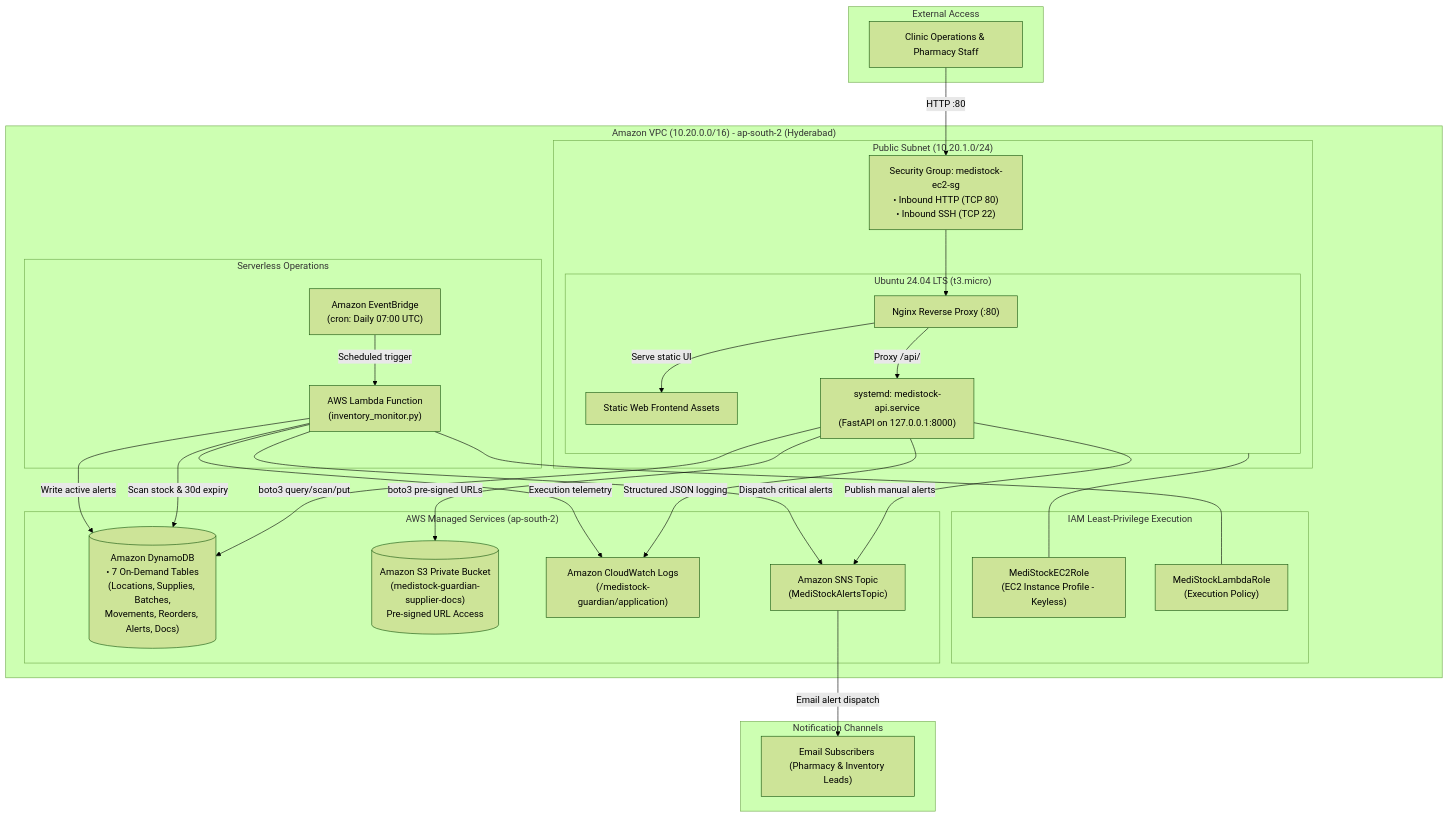
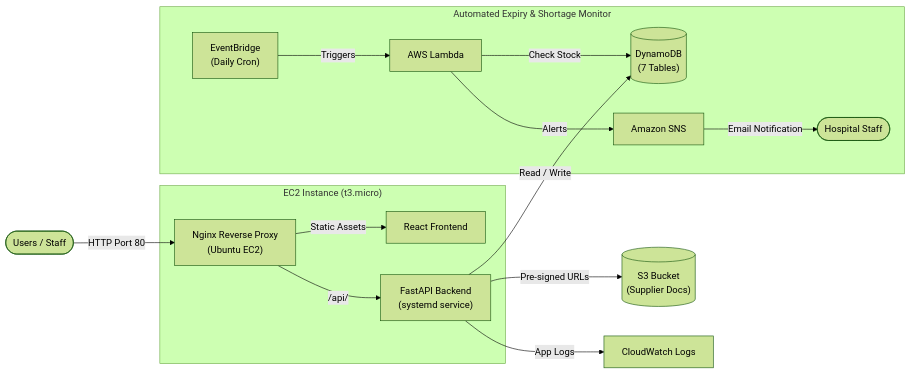
The diagram in README.md (mohdanaskhan01/medistock-guardian), drawn with Mermaid (forest theme) before and after one commit. The commit also changed other lines of this file and 1 other file, not shown here.

````diff
--- a/README.md
+++ b/README.md
@@ -18,63 +15,20 @@
 ```mermaid
-flowchart TD
-    subgraph Clients["External Access"]
-        User["Clinic Operations & Pharmacy Staff"]
+flowchart LR
+    Users(["Users / Staff"]) -->|HTTP Port 80| Nginx["Nginx Reverse Proxy<br/>(Ubuntu EC2)"]
+    
+    subgraph EC2["EC2 Instance (t3.micro)"]
+        Nginx -->|Static Assets| Frontend["React Frontend"]
+        Nginx -->|/api/| Backend["FastAPI Backend<br/>(systemd service)"]
     end
 
-    subgraph VPC["Amazon VPC (10.20.0.0/16) - ap-south-2 (Hyderabad)"]
-        subgraph PublicSubnet["Public Subnet (10.20.1.0/24)"]
-            SG["Security Group: medistock-ec2-sg<br/>• Inbound HTTP (TCP 80)<br/>• Inbound SSH (TCP 22)"]
-            
-            subgraph EC2["Ubuntu 24.04 LTS (t3.micro)"]
-                Nginx["Nginx Reverse Proxy (:80)"]
-                StaticFiles["Static Web Frontend Assets"]
-                Systemd["systemd: medistock-api.service<br/>(FastAPI on 127.0.0.1:8000)"]
-            end
-        end
+    Backend -->|Read / Write| DynamoDB[("DynamoDB<br/>(7 Tables)")]
+    Backend -->|Pre-signed URLs| S3[("S3 Bucket<br/>(Supplier Docs)")]
+    Backend -->|App Logs| CloudWatch["CloudWatch Logs"]
 
-        subgraph ServerlessExecution["Serverless Operations"]
-            EventBridge["Amazon EventBridge<br/>(cron: Daily 07:00 UTC)"]
-            Lambda["AWS Lambda Function<br/>(inventory_monitor.py)"]
-        end
-
-        subgraph IAMRoles["IAM Least-Privilege Execution"]
-            EC2Role["MediStockEC2Role<br/>(EC2 Instance Profile - Keyless)"]
-            LambdaRole["MediStockLambdaRole<br/>(Execution Policy)"]
-        end
-
-        subgraph AWSServices["AWS Managed Services (ap-south-2)"]
-            DynamoDB[("Amazon DynamoDB<br/>• 7 On-Demand Tables<br/>(Locations, Supplies, Batches,<br/>Movements, Reorders, Alerts, Docs)")]
-            S3[("Amazon S3 Private Bucket<br/>(medistock-guardian-supplier-docs)<br/>Pre-signed URL Access")]
-            CloudWatch["Amazon CloudWatch Logs<br/>(/medistock-guardian/application)"]
-            SNS["Amazon SNS Topic<br/>(MediStockAlertsTopic)"]
-        end
+    subgraph Serverless["Automated Expiry & Shortage Monitor"]
+        EventBridge["EventBridge<br/>(Daily Cron)"] -->|Triggers| Lambda["AWS Lambda"]
+        Lambda -->|Check Stock| DynamoDB
+        Lambda -->|Alerts| SNS["Amazon SNS"]
+        SNS -->|Email Notification| Staff(["Hospital Staff"])
     end
-
-    subgraph AlertsChannel["Notification Channels"]
-        Email["Email Subscribers (Pharmacy & Inventory Leads)"]
-    end
-
-    %% Inbound flow
-    User -->|HTTP :80| SG
-    SG --> Nginx
-    Nginx -->|Serve static UI| StaticFiles
-    Nginx -->|Proxy /api/| Systemd
-
-    %% EC2 IAM permissions and outbound
-    EC2 --- EC2Role
-    Systemd -->|boto3 query/scan/put| DynamoDB
-    Systemd -->|boto3 pre-signed URLs| S3
-    Systemd -->|Structured JSON logging| CloudWatch
-    Systemd -->|Publish manual alerts| SNS
-
-    %% Serverless event loop
-    EventBridge -->|Scheduled trigger| Lambda
-    Lambda --- LambdaRole
-    Lambda -->|Scan stock & 30d expiry| DynamoDB
-    Lambda -->|Write active alerts| DynamoDB
-    Lambda -->|Dispatch critical alerts| SNS
-    Lambda -->|Execution telemetry| CloudWatch
-
-    %% Notification delivery
-    SNS -->|Email alert dispatch| Email
 ```
````
